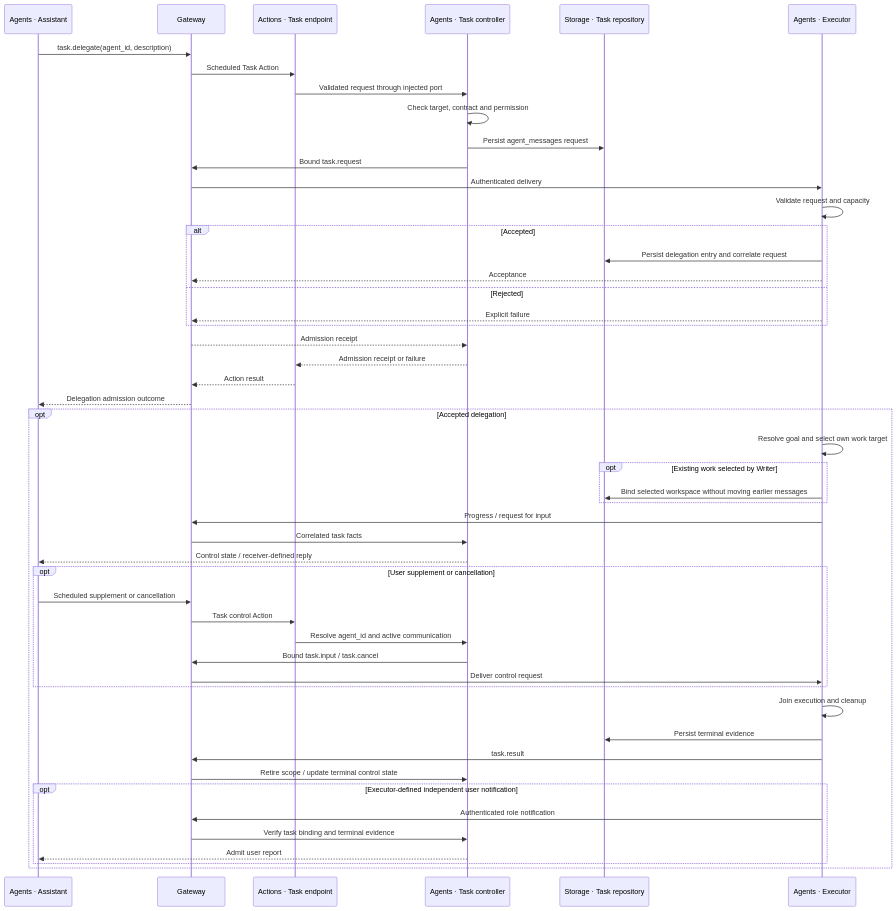
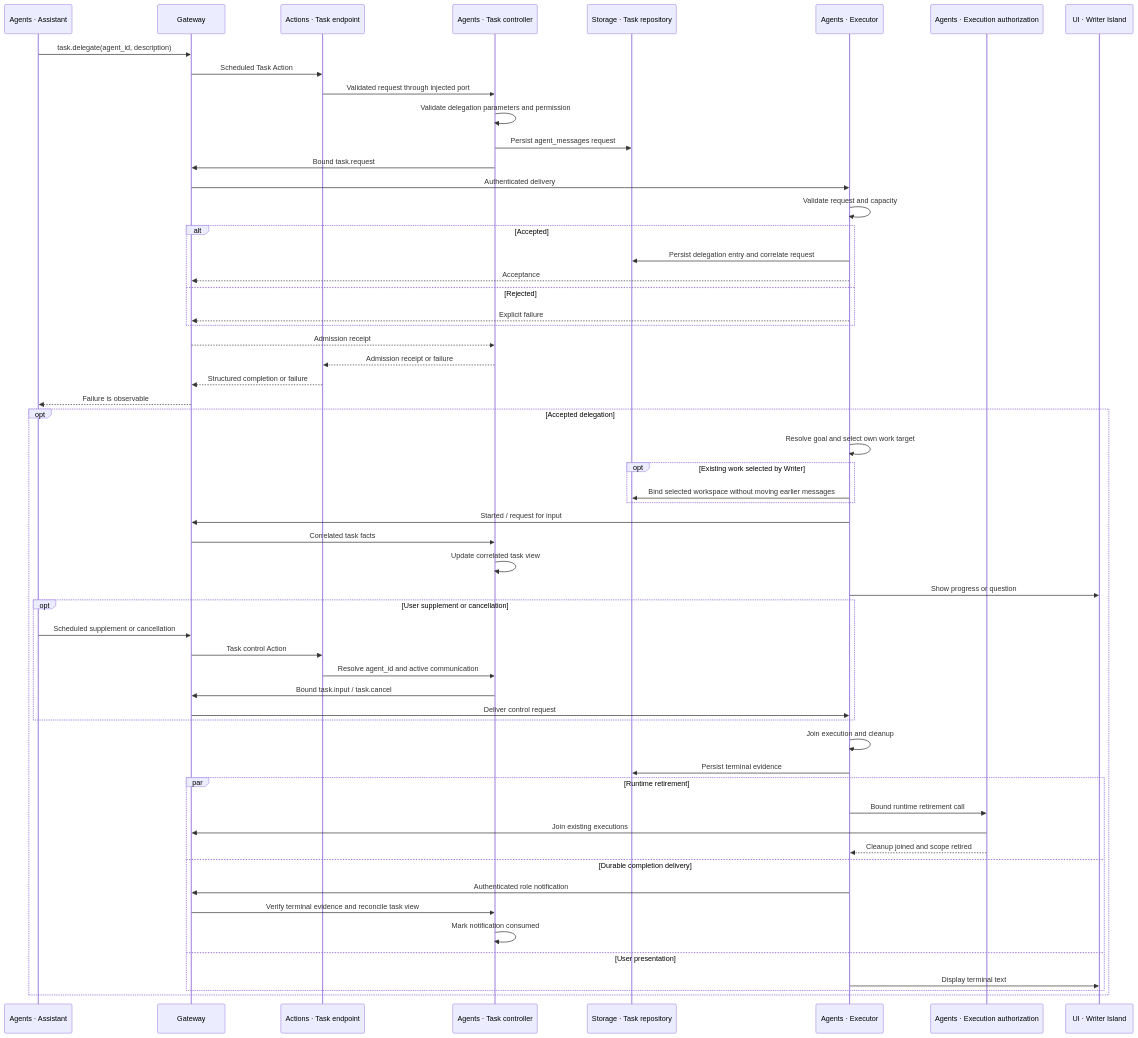
One commit to devilyouwei/MobileHarness changed the sixth of 26 diagrams in MobileHarness/README.md. Above: the diagram before and after it, drawn with Mermaid. The commit also changed other lines of this file and 188 other files, not shown here.

````diff
--- a/MobileHarness/README.md
+++ b/MobileHarness/README.md
@@ -430,52 +430,59 @@
 ```mermaid
 sequenceDiagram
     participant A as Agents · Assistant
     participant G as Gateway
     participant X as Actions · Task endpoint
     participant H as Agents · Task controller
     participant S as Storage · Task repository
     participant E as Agents · Executor
+    participant R as Agents · Execution authorization
+    participant I as UI · Writer Island
     A->>G: task.delegate(agent_id, description)
     G->>X: Scheduled Task Action
     X->>H: Validated request through injected port
-    H->>H: Check target, contract and permission
+    H->>H: Validate delegation parameters and permission
     H->>S: Persist agent_messages request
     H->>G: Bound task.request
     G->>E: Authenticated delivery
     E->>E: Validate request and capacity
     alt Accepted
         E->>S: Persist delegation entry and correlate request
         E-->>G: Acceptance
     else Rejected
         E-->>G: Explicit failure
     end
     G-->>H: Admission receipt
     H-->>X: Admission receipt or failure
-    X-->>G: Action result
-    G-->>A: Delegation admission outcome
+    X-->>G: Structured completion or failure
+    G-->>A: Failure is observable
     opt Accepted delegation
         E->>E: Resolve goal and select own work target
         opt Existing work selected by Writer
             E->>S: Bind selected workspace without moving earlier messages
         end
-        E->>G: Progress / request for input
+        E->>G: Started / request for input
         G->>H: Correlated task facts
-        H-->>A: Control state / receiver-defined reply
+        H->>H: Update correlated task view
+        E->>I: Show progress or question
         opt User supplement or cancellation
             A->>G: Scheduled supplement or cancellation
             G->>X: Task control Action
             X->>H: Resolve agent_id and active communication
             H->>G: Bound task.input / task.cancel
             G->>E: Deliver control request
         end
         E->>E: Join execution and cleanup
         E->>S: Persist terminal evidence
-        E->>G: task.result
-        G->>H: Retire scope / update terminal control state
-        opt Executor-defined independent user notification
+        par Runtime retirement
+            E->>R: Bound runtime retirement call
+            R->>G: Join existing executions
+            R-->>E: Cleanup joined and scope retired
+        and Durable completion delivery
             E->>G: Authenticated role notification
-            G->>H: Verify task binding and terminal evidence
-            H-->>A: Admit user report
+            G->>H: Verify terminal evidence and reconcile task view
+            H->>H: Mark notification consumed
+        and User presentation
+            E->>I: Display terminal text
         end
     end
 ```
````
